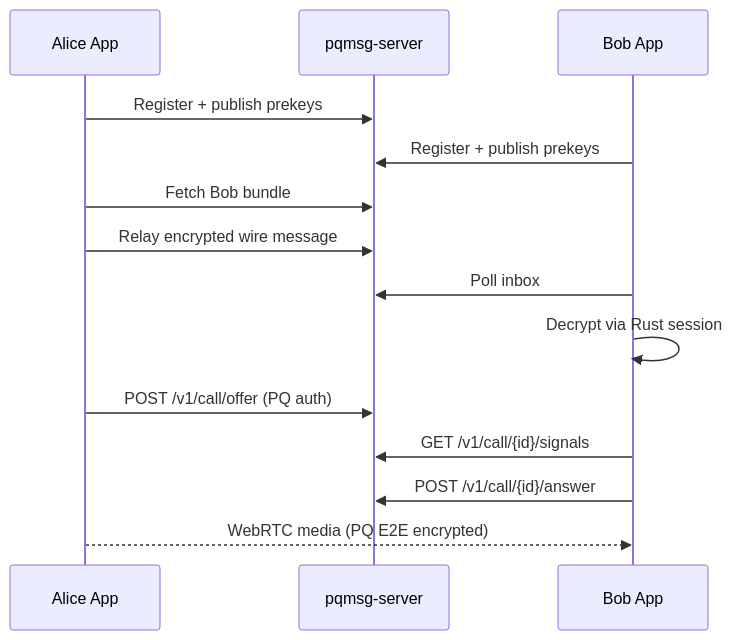
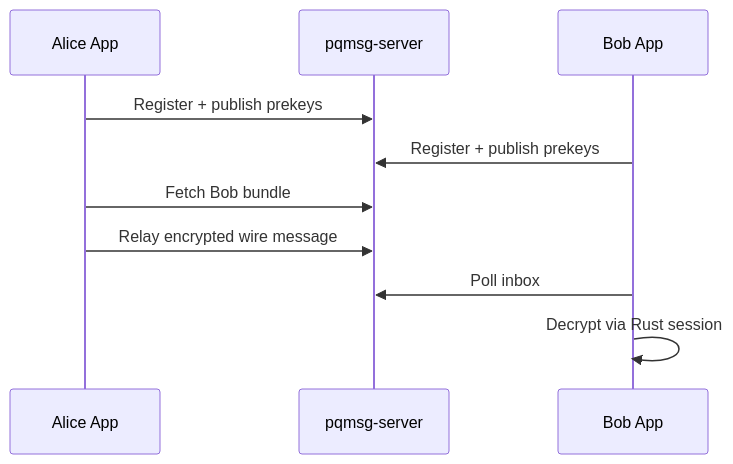
Before and after one commit to ErenAri/post-quantum-messaging-app: the fourth of 4 diagrams in docs/ANDROID.md, drawn with Mermaid. The commit also changed other lines of this file and 12 other files, not shown here.

````diff
--- a/docs/ANDROID.md
+++ b/docs/ANDROID.md
@@ -152,16 +149,12 @@
 ```mermaid
 sequenceDiagram
     participant A as Alice App
     participant S as pqmsg-server
     participant B as Bob App
     A->>S: Register + publish prekeys
     B->>S: Register + publish prekeys
     A->>S: Fetch Bob bundle
     A->>S: Relay encrypted wire message
     B->>S: Poll inbox
     B->>B: Decrypt via Rust session
-    A->>S: POST /v1/call/offer (PQ auth)
-    B->>S: GET /v1/call/{id}/signals
-    B->>S: POST /v1/call/{id}/answer
-    A-->>B: WebRTC media (PQ E2E encrypted)
 ```
````
